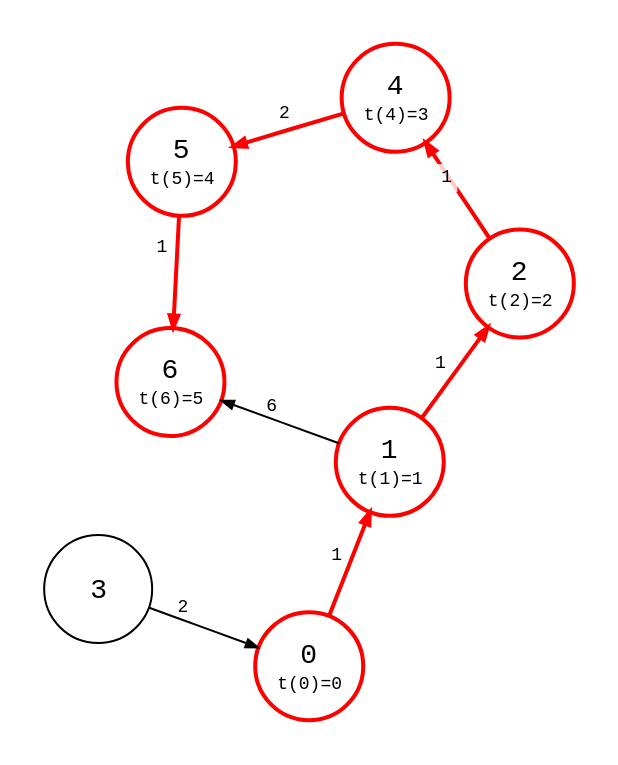
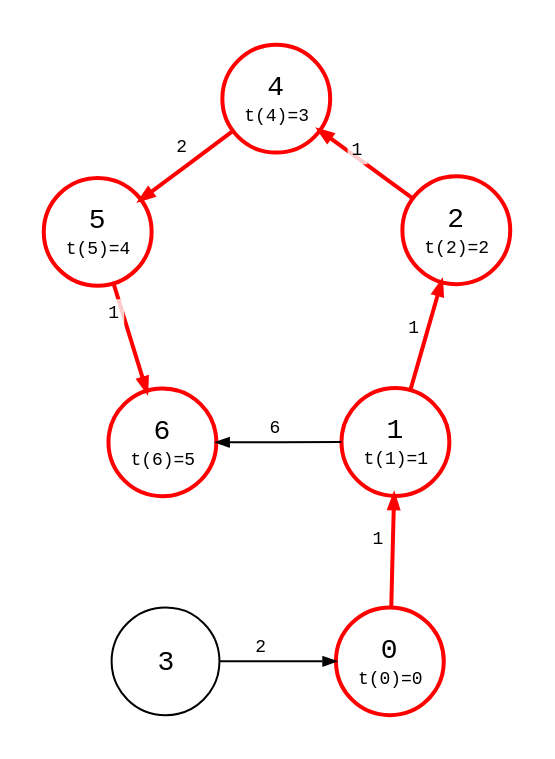
The diagram in src/dijkstra_1-0.87.4.dot (bsdrks/graaf-images), drawn with Graphviz before and after one commit. The commit also changed 50 other files, not shown here.

```diff
--- a/src/dijkstra_1-0.87.4.dot
+++ b/src/dijkstra_1-0.87.4.dot
@@ -1,190 +1,191 @@
 digraph {
     node [shape=circle, fontname="monospace", fixedsize=true, width="0.75"];
     edge [arrowsize=0.6, fontname="monospace", fontsize=9];
     layout=neato;
     scale=1.4;
-    // normalize=true;
+    normalize=true;
+    maxiter=10000;
     pad=0.2;
-    // splines=line
+    splines=line
 
     3 [color="#bbb", fontcolor="#bbb"];
     0, 1, 2, 4, 5, 6 [style=bold, color=red];
 
     0 [
         label=<
             <table border="0" cellpadding="1" cellspacing="0">
                 <tr>
                     <td>0</td>
                 </tr>
                 <tr>
                     <td><font point-size="9">t(0)=0</font></td>
                 </tr>
             </table>
         >;
         color=red;
         style=bold
     ];
 
     1 [
         label=<
             <table border="0" cellpadding="1" cellspacing="0">
                 <tr>
                     <td>1</td>
                 </tr>
                 <tr>
                     <td><font point-size="9">t(1)=1</font></td>
                 </tr>
             </table>
         >;
         color=red;
         style=bold
     ];
 
     2 [
         label=<
             <table border="0" cellpadding="1" cellspacing="0">
                 <tr>
                     <td>2</td>
                 </tr>
                 <tr>
                     <td><font point-size="9">t(2)=2</font></td>
                 </tr>
             </table>
         >;
     ];
 
     3 [
         label=<
             <table border="0" cellpadding="1" cellspacing="0">
                 <tr>
                     <td>3</td>
                 </tr>
             </table>
         >;
     ];
 
     4 [
         label=<
             <table border="0" cellpadding="1" cellspacing="0">
                 <tr>
                     <td>4</td>
                 </tr>
                 <tr>
                     <td><font point-size="9">t(4)=3</font></td>
                 </tr>
             </table>
         >;
     ];
 
     5 [
         label=<
             <table border="0" cellpadding="1" cellspacing="0">
                 <tr>
                     <td>5</td>
                 </tr>
                 <tr>
                     <td><font point-size="9">t(5)=4</font></td>
                 </tr>
             </table>
         >;
     ];
 
     6 [
         label=<
             <table border="0" cellpadding="1" cellspacing="0">
                 <tr>
                     <td>6</td>
                 </tr>
                 <tr>
                     <td><font point-size="9">t(6)=5</font></td>
                 </tr>
             </table>
         >;
     ];
 
     0 -> 1 [
         color=red;
         style=bold;
         label=<
-            <table border="0" cellpadding="2" cellspacing="0">
+            <table border="0" cellpadding="2" cellspacing="2">
                 <tr>
                     <td>1</td>
                 </tr>
             </table>
         >
     ];
 
     1 -> 2 [
         style=bold; 
         color=red; 
         label=<
             <table border="0" cellpadding="2" cellspacing="0">
                 <tr>
                     <td>1</td>
                 </tr>
             </table>
         >
     ];
 
     1 -> 6 [
         color="#bbb";
         fontcolor="#bbb";
         label=<
-            <table border="0" cellpadding="4" cellspacing="0">
+            <table border="0" cellpadding="2" cellspacing="0">
                 <tr>
                     <td>6</td>
                 </tr>
             </table>
         >
     ];
 
     2 -> 4 [
         style=bold; 
         color=red; 
         label=<
             <table border="0" cellpadding="2" cellspacing="2">
                 <tr>
                     <td bgcolor="#ffffffcc">1</td>
                 </tr>
             </table>
         >
     ];
 
     3 -> 0 [
         color="#bbb";
         fontcolor="#bbb";
         label=<
-            <table border="0" cellpadding="4" cellspacing="0">
+            <table border="0" cellpadding="2" cellspacing="0">
                 <tr>
                     <td>2</td>
                 </tr>
             </table>
         >
     ];
 
     4 -> 5 [
         style=bold; 
         color=red; 
         label=<
             <table border="0" cellpadding="2" cellspacing="0">
                 <tr>
                     <td>2</td>
                 </tr>
             </table>
         >
     ];
 
     5 -> 6 [
         style=bold; 
         color=red; 
         label=<
             <table border="0" cellpadding="2" cellspacing="2">
                 <tr>
                     <td bgcolor="#ffffffcc">1</td>
                 </tr>
             </table>
         >
     ];
 
     6 -> 3 [style=invis];
 }
```
